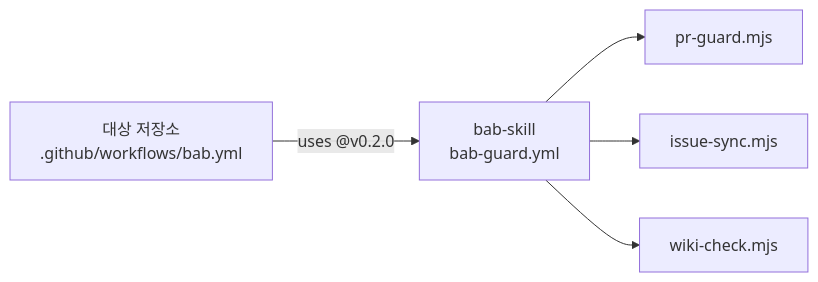
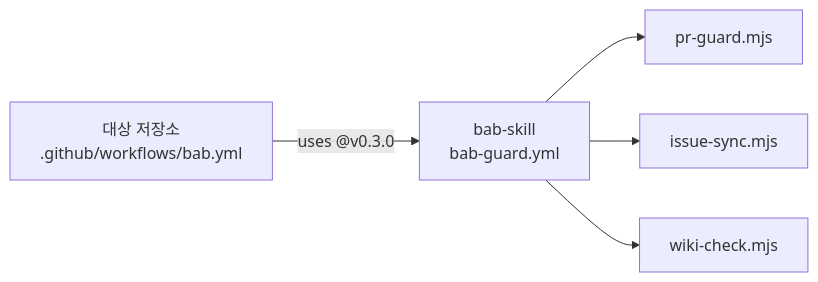
The second of 3 diagrams in README.md (freevue/bab-skill), drawn with Mermaid before and after one commit. The commit also changed other lines of this file and 14 other files, not shown here.

````diff
--- a/README.md
+++ b/README.md
@@ -457,7 +459,7 @@
 ```mermaid
 flowchart LR
-  A[대상 저장소<br/>.github/workflows/bab.yml] -->|uses @v0.2.0| B[bab-skill<br/>bab-guard.yml]
+  A[대상 저장소<br/>.github/workflows/bab.yml] -->|uses @v0.3.0| B[bab-skill<br/>bab-guard.yml]
   B --> C[pr-guard.mjs]
   B --> D[issue-sync.mjs]
   B --> E[wiki-check.mjs]
 ```
````
